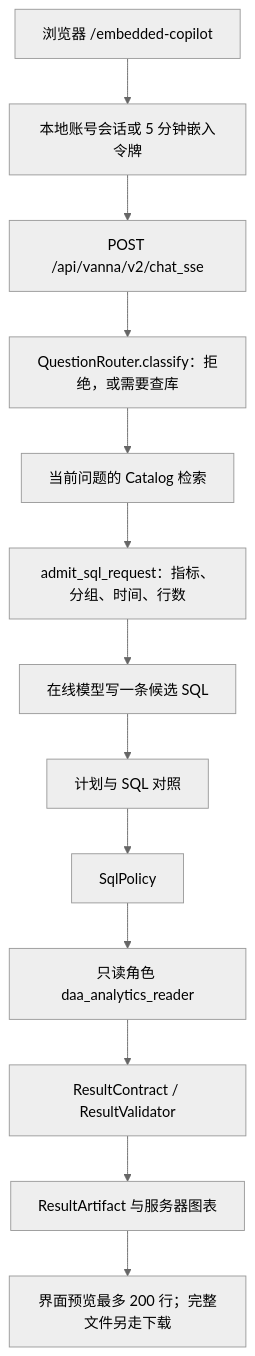
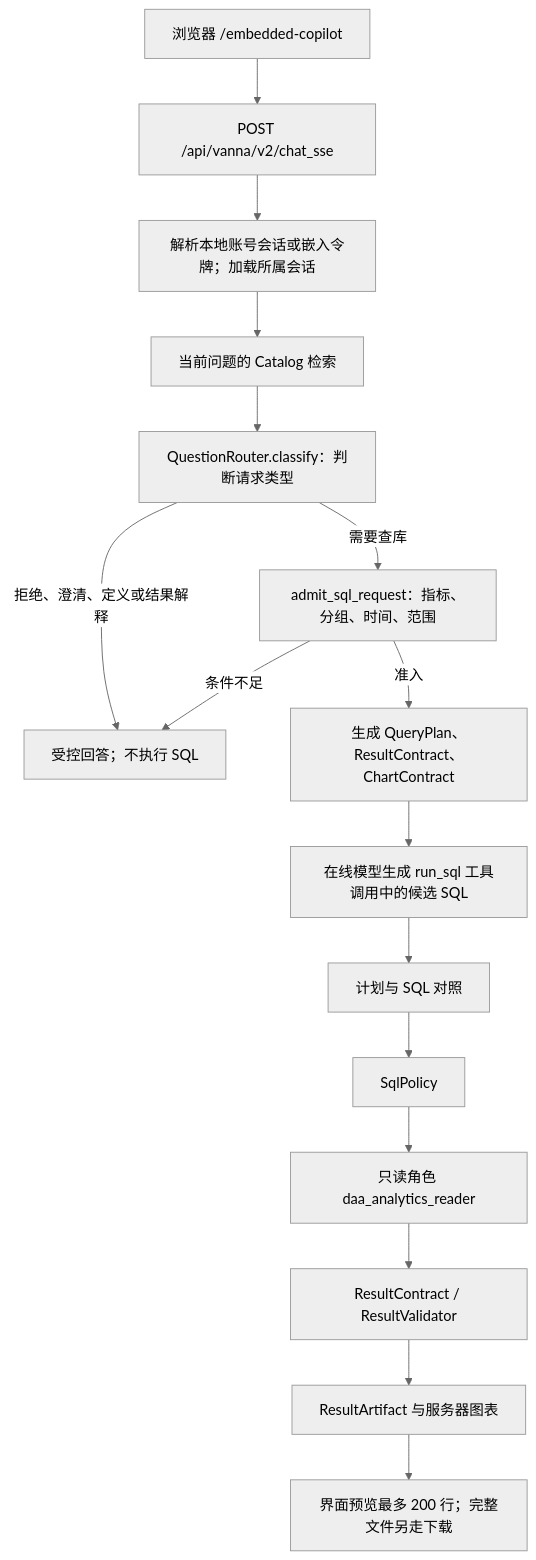
One commit to GengNSCUTer/data-analysis-agent changed the diagram in docs/architecture/product-request-architecture-v1.md. Above: the diagram before and after it, drawn with Mermaid (neutral theme). The commit also changed other lines of this file and 4 other files, not shown here.

````diff
--- a/docs/architecture/product-request-architecture-v1.md
+++ b/docs/architecture/product-request-architecture-v1.md
@@ -8,15 +8,18 @@
 ```mermaid
 flowchart TD
-  page["浏览器 /embedded-copilot"] --> auth["本地账号会话或 5 分钟嵌入令牌"]
-  auth --> chat["POST /api/vanna/v2/chat_sse"]
-  chat --> router["QuestionRouter.classify：拒绝，或需要查库"]
-  router --> catalog["当前问题的 Catalog 检索"]
-  catalog --> admit["admit_sql_request：指标、分组、时间、行数"]
-  admit --> llm["在线模型写一条候选 SQL"]
+  page["浏览器 /embedded-copilot"] --> chat["POST /api/vanna/v2/chat_sse"]
+  chat --> auth["解析本地账号会话或嵌入令牌；加载所属会话"]
+  auth --> catalog["当前问题的 Catalog 检索"]
+  catalog --> router["QuestionRouter.classify：判断请求类型"]
+  router -->|拒绝、澄清、定义或结果解释| direct["受控回答；不执行 SQL"]
+  router -->|需要查库| admit["admit_sql_request：指标、分组、时间、范围"]
+  admit -->|条件不足| direct
+  admit -->|准入| plan["生成 QueryPlan、ResultContract、ChartContract"]
+  plan --> llm["在线模型生成 run_sql 工具调用中的候选 SQL"]
   llm --> guard["计划与 SQL 对照"]
   guard --> policy["SqlPolicy"]
   policy --> reader["只读角色 daa_analytics_reader"]
   reader --> validator["ResultContract / ResultValidator"]
   validator --> artifact["ResultArtifact 与服务器图表"]
   artifact --> ui["界面预览最多 200 行；完整文件另走下载"]
 ```
````
